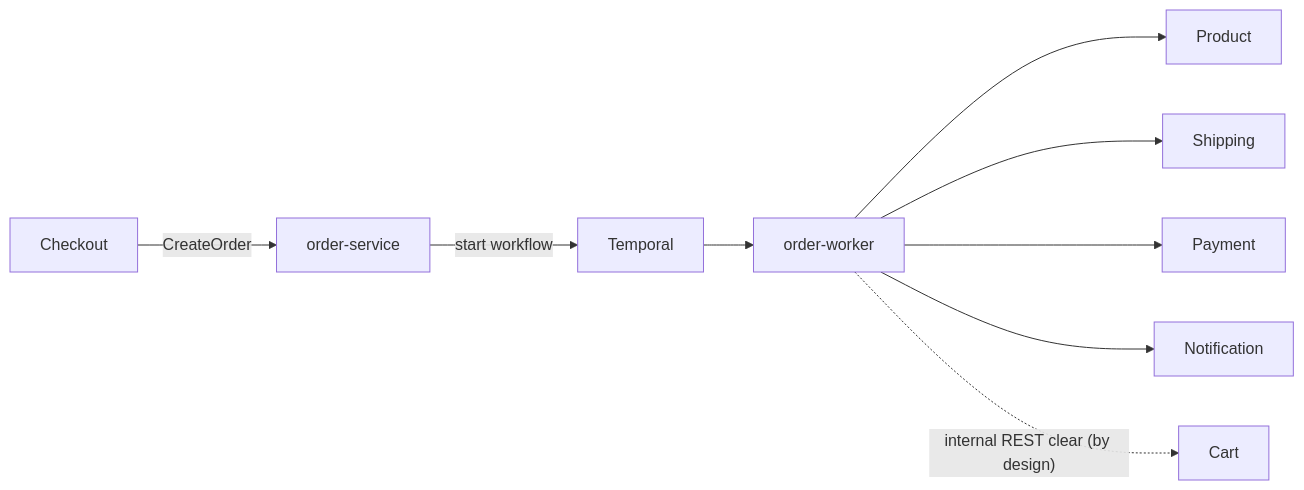
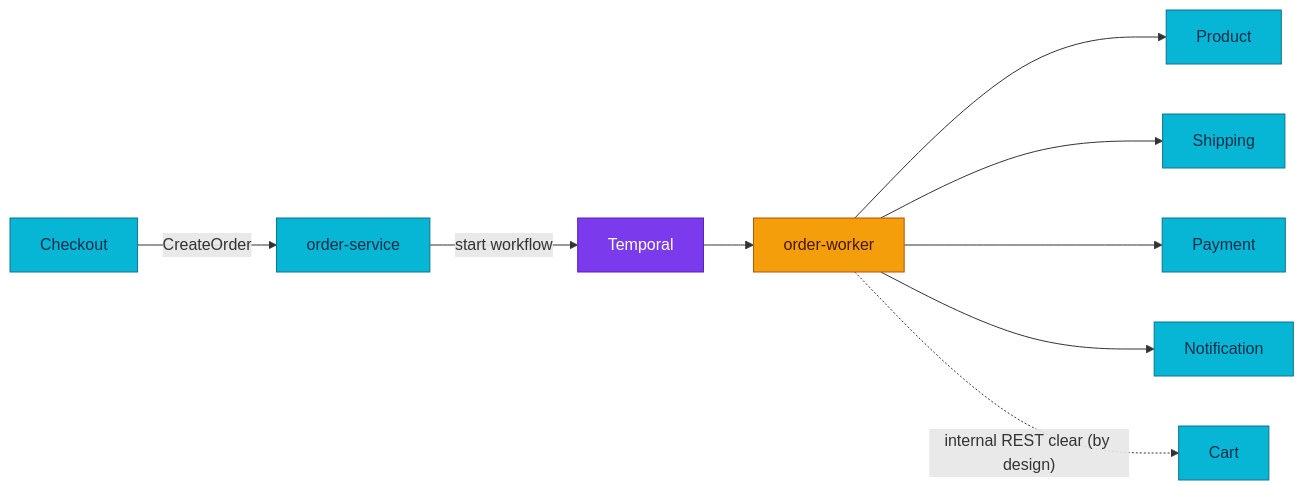
One commit to duynhlab/homelab changed the first of 14 diagrams in docs/api/temporal-order-fulfillment.md. Above: the diagram before and after it, drawn with Mermaid. The commit also changed other lines of this file and 15 other files, not shown here.

First line of the commit message:
Improve API architecture diagrams (#513)

````diff
--- a/docs/api/temporal-order-fulfillment.md
+++ b/docs/api/temporal-order-fulfillment.md
@@ -30,11 +30,18 @@
 ```mermaid
 flowchart LR
     Checkout -->|"CreateOrder"| Order["order-service"]
     Order -->|"start workflow"| Temporal
     Temporal --> Worker["order-worker"]
     Worker --> Product
     Worker --> Shipping
     Worker --> Payment
     Worker --> Notification
     Worker -.->|"internal REST clear (by design)"| Cart
+
+    classDef service fill:#06b6d4,color:#082f49,stroke:#0e7490;
+    classDef worker fill:#f59e0b,color:#451a03,stroke:#b45309;
+    classDef platform fill:#7c3aed,color:#fff,stroke:#5b21b6;
+    class Checkout,Order,Product,Shipping,Payment,Notification,Cart service;
+    class Worker worker;
+    class Temporal platform;
 ```
````
